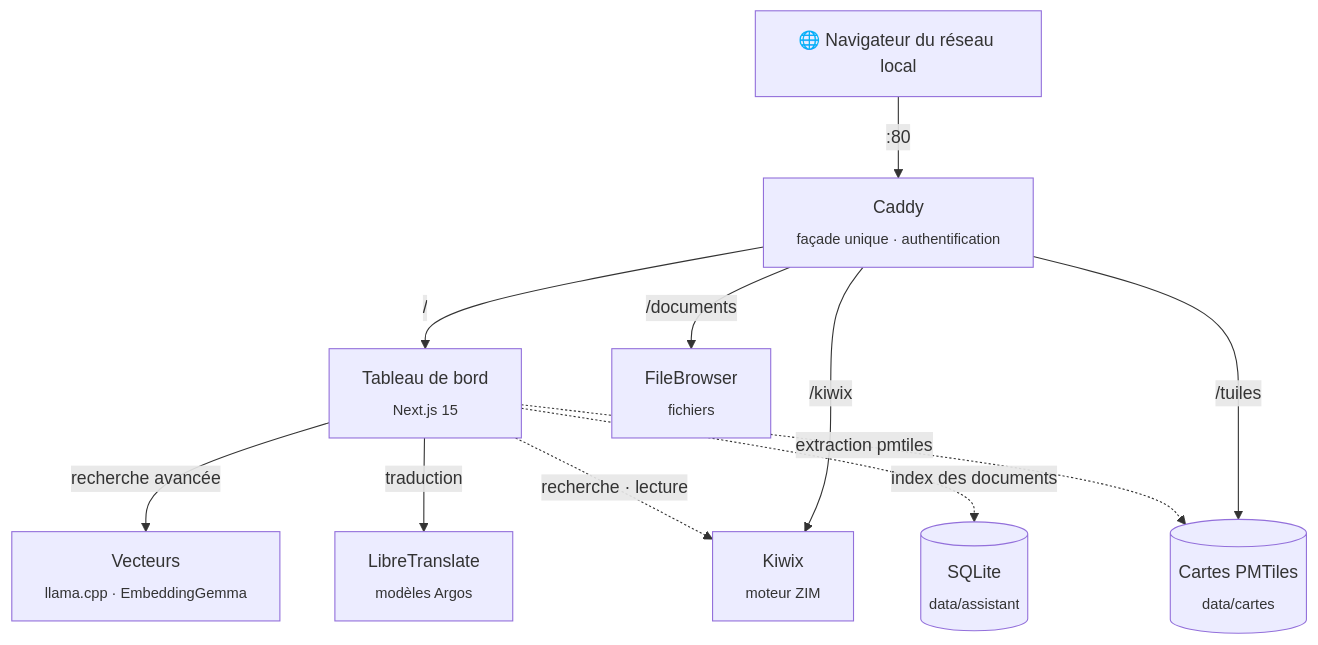
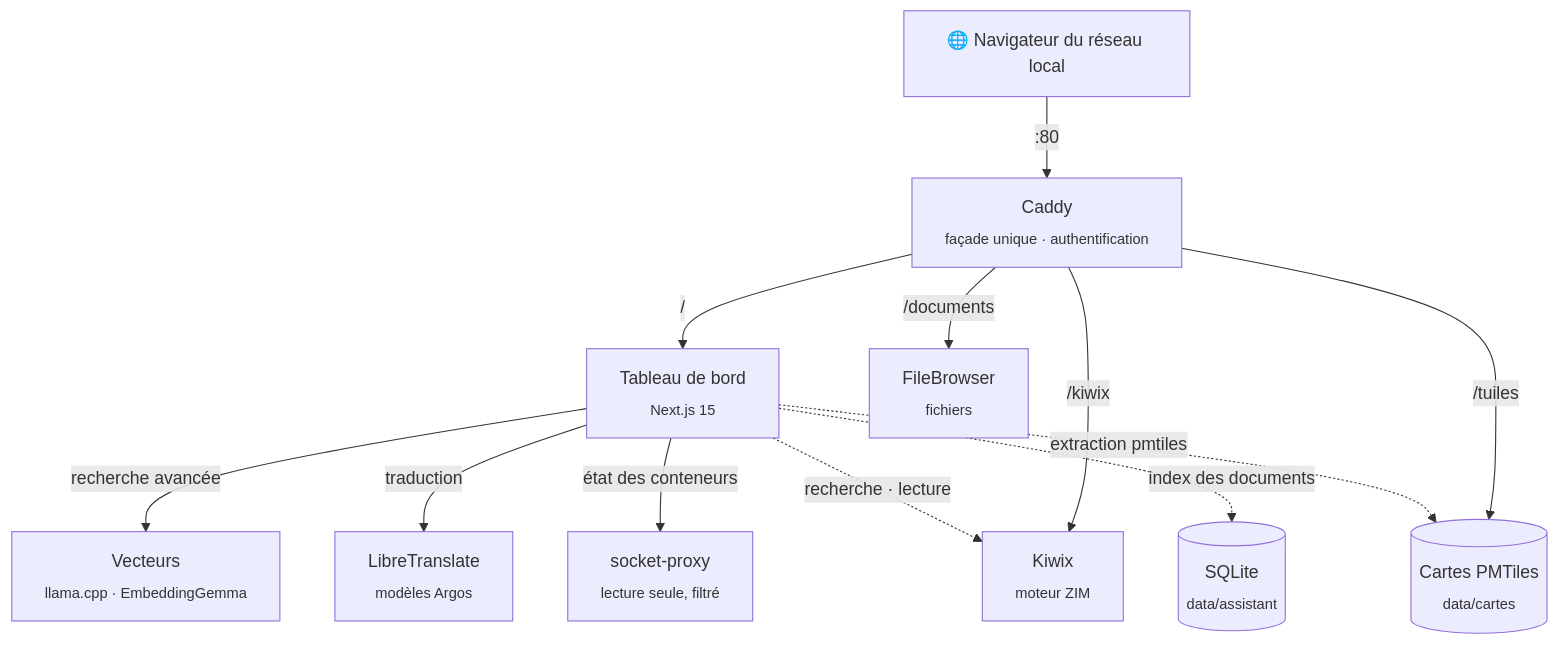
One commit to Gorgo126/ODIN changed the second of 2 diagrams in README.md. Above: the diagram before and after it, drawn with Mermaid. The commit also changed other lines of this file and 1 other file, not shown here.

Commit message:
README et CLAUDE.md : état du serveur, relais Docker, désinstallation des ZIM

````diff
--- a/README.md
+++ b/README.md
@@ -157,14 +176,15 @@
 ```mermaid
 flowchart TB
     N["🌐 Navigateur du réseau local"] -->|":80"| CA
     CA["Caddy<br/><sub>façade unique · authentification</sub>"]
     CA -->|"/"| D["Tableau de bord<br/><sub>Next.js 15</sub>"]
     CA -->|"/kiwix"| K["Kiwix<br/><sub>moteur ZIM</sub>"]
     CA -->|"/documents"| F["FileBrowser<br/><sub>fichiers</sub>"]
     CA -->|"/tuiles"| T[("Cartes PMTiles<br/><sub>data/cartes</sub>")]
     D -->|"recherche avancée"| V["Vecteurs<br/><sub>llama.cpp · EmbeddingGemma</sub>"]
     D -->|"traduction"| L["LibreTranslate<br/><sub>modèles Argos</sub>"]
+    D -->|"état des conteneurs"| P["socket-proxy<br/><sub>lecture seule, filtré</sub>"]
     D -.->|"recherche · lecture"| K
     D -.->|"extraction pmtiles"| T
     D -.->|"index des documents"| I[("SQLite<br/><sub>data/assistant</sub>")]
 ```
````
